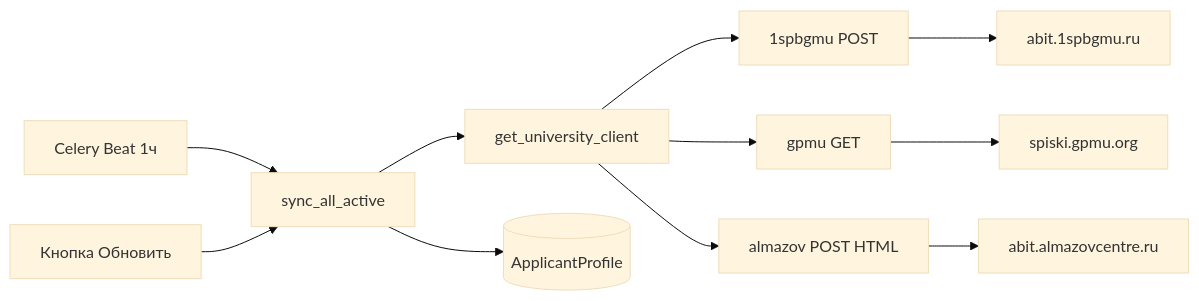
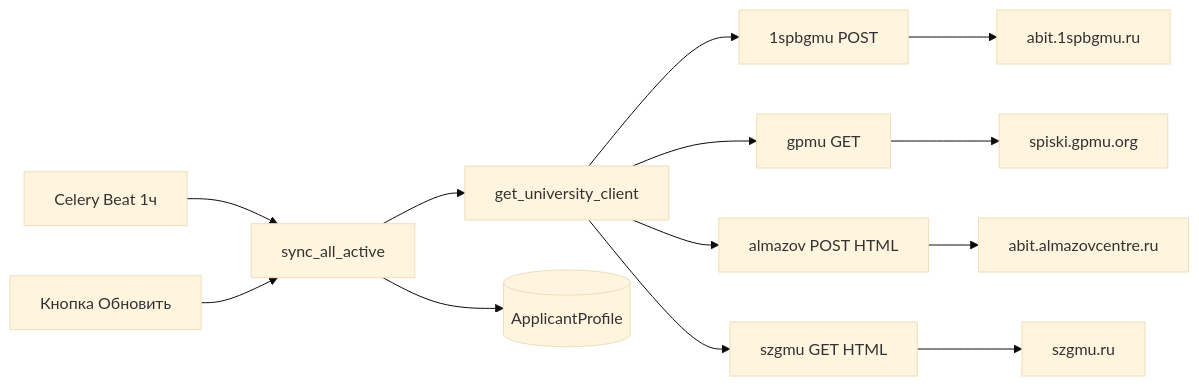
The diagram in docs/data-sources.md (breduin/abitur), drawn with Mermaid (base theme) before and after one commit. The commit also changed other lines of this file and 9 other files, not shown here.

````diff
--- a/docs/data-sources.md
+++ b/docs/data-sources.md
@@ -7,13 +7,15 @@
 ```mermaid
 flowchart LR
     Beat[Celery Beat 1ч] --> Sync[sync_all_active]
     Manual[Кнопка Обновить] --> Sync
     Sync --> Factory[get_university_client]
     Factory --> Client1[1spbgmu POST]
     Factory --> Client2[gpmu GET]
     Factory --> Client3[almazov POST HTML]
+    Factory --> Client4[szgmu GET HTML]
     Client1 --> API1[abit.1spbgmu.ru]
     Client2 --> API2[spiski.gpmu.org]
     Client3 --> API3[abit.almazovcentre.ru]
+    Client4 --> API4[szgmu.ru]
     Sync --> DB[(ApplicantProfile)]
 ```
````
